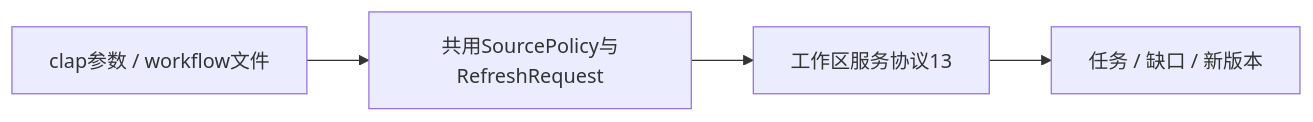
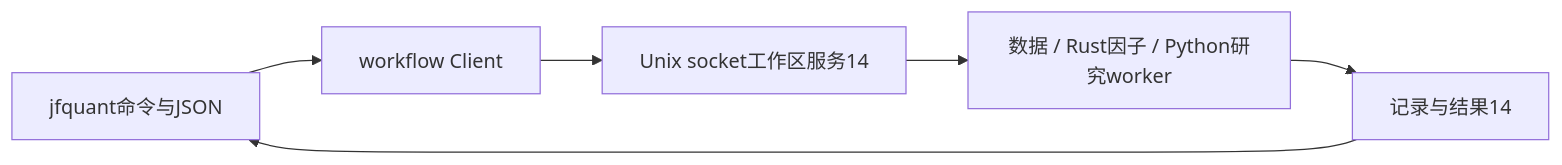
The diagram in crates/cli/README.md (Dennishaha/JFQuant), drawn with Mermaid before and after one commit. The commit also changed other lines of this file and 97 other files, not shown here.

````diff
--- a/crates/cli/README.md
+++ b/crates/cli/README.md
@@ -283,6 +6,8 @@
 ```mermaid
 flowchart LR
-  C[clap参数 / workflow文件] --> W[共用SourcePolicy与RefreshRequest]
-  W --> S[工作区服务协议13]
-  S --> R[任务 / 缺口 / 新版本]
+ CLI[jfquant命令与JSON] --> C[workflow Client]
+ C --> S[Unix socket工作区服务14]
+ S --> W[数据 / Rust因子 / Python研究worker]
+ W --> R[记录与结果14]
+ R --> CLI
 ```
````
